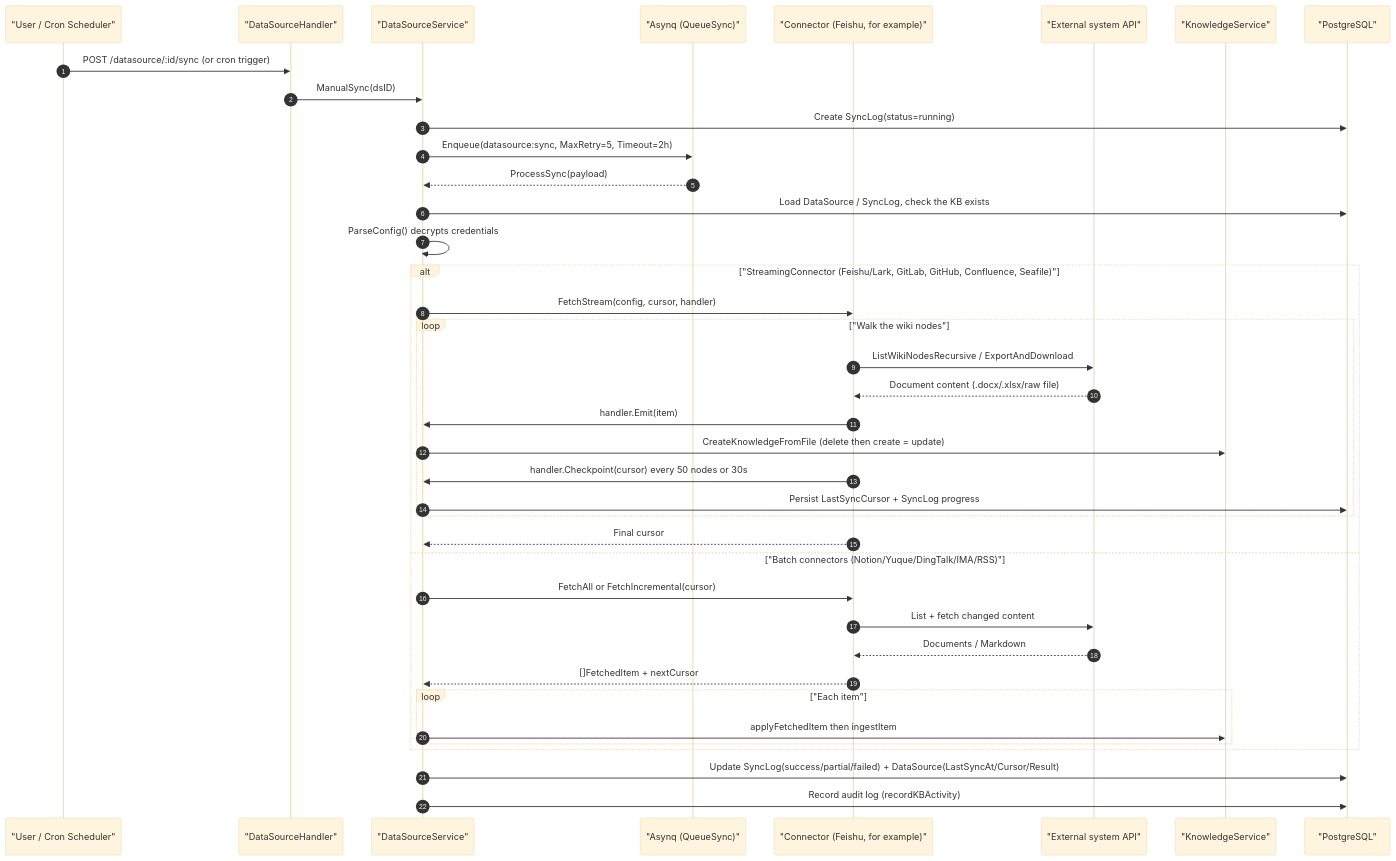
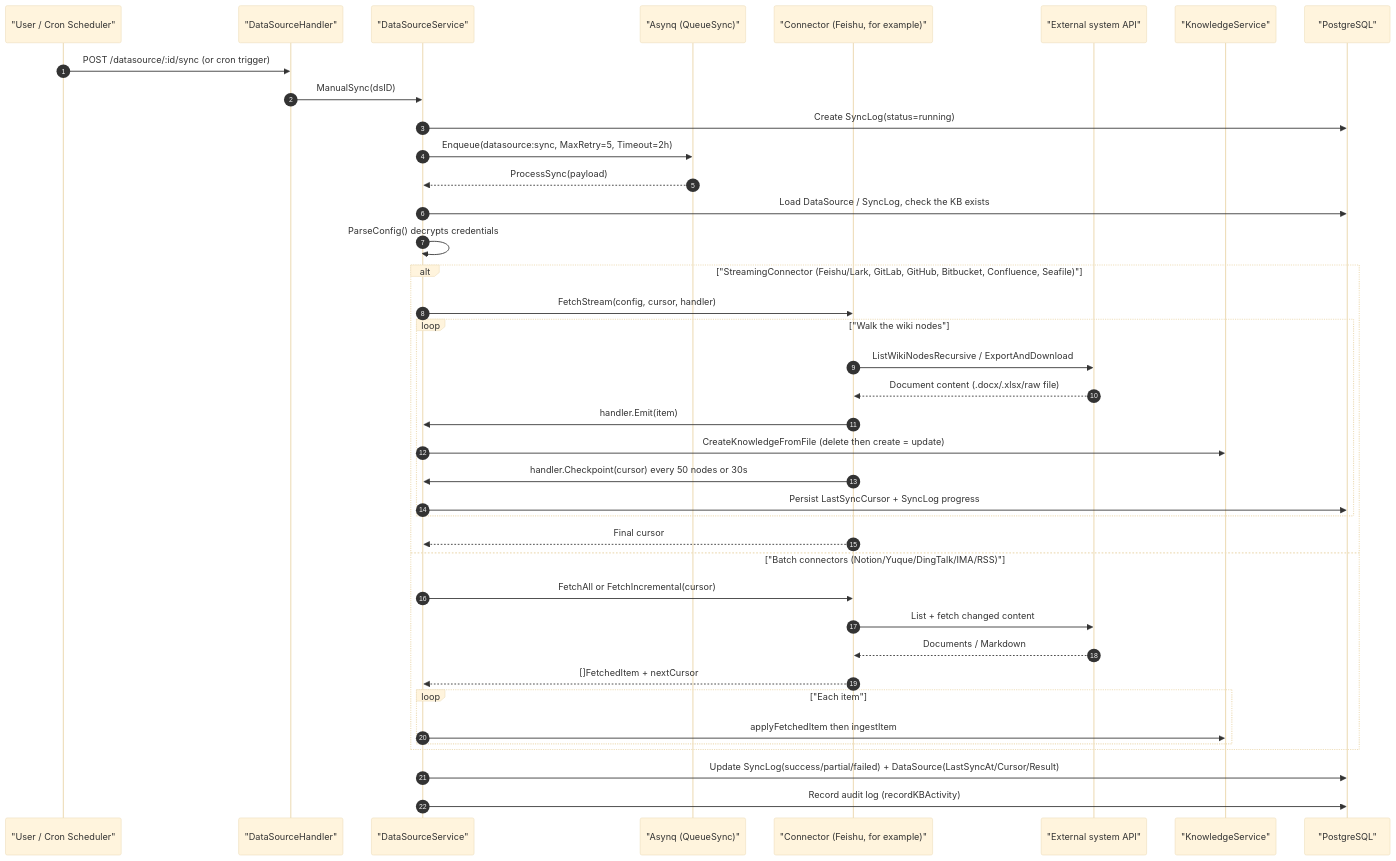
The second of 2 diagrams in website-docs/03-features/10-datasource.md (jrmatherly/ai-kb), drawn with Mermaid (base theme) before and after one commit. The commit also changed other lines of this file and 13 other files, not shown here.

Commit message:
docs(datasource): document the Bitbucket connector

````diff
--- a/website-docs/03-features/10-datasource.md
+++ b/website-docs/03-features/10-datasource.md
@@ -303,42 +316,42 @@
 ```mermaid
 sequenceDiagram
     autonumber
     participant U as "User / Cron Scheduler"
     participant H as "DataSourceHandler"
     participant S as "DataSourceService"
     participant Q as "Asynq (QueueSync)"
     participant C as "Connector (Feishu, for example)"
     participant EXT as "External system API"
     participant K as "KnowledgeService"
     participant DB as "PostgreSQL"
 
     U->>H: POST /datasource/:id/sync (or cron trigger)
     H->>S: ManualSync(dsID)
     S->>DB: Create SyncLog(status=running)
     S->>Q: Enqueue(datasource:sync, MaxRetry=5, Timeout=2h)
     Q-->>S: ProcessSync(payload)
     S->>DB: Load DataSource / SyncLog, check the KB exists
     S->>S: ParseConfig() decrypts credentials
-    alt "StreamingConnector (Feishu/Lark, GitLab, GitHub, Confluence, Seafile)"
+    alt "StreamingConnector (Feishu/Lark, GitLab, GitHub, Bitbucket, Confluence, Seafile)"
         S->>C: FetchStream(config, cursor, handler)
         loop "Walk the wiki nodes"
             C->>EXT: ListWikiNodesRecursive / ExportAndDownload
             EXT-->>C: Document content (.docx/.xlsx/raw file)
             C->>S: handler.Emit(item)
             S->>K: CreateKnowledgeFromFile (delete then create = update)
             C->>S: handler.Checkpoint(cursor) every 50 nodes or 30s
             S->>DB: Persist LastSyncCursor + SyncLog progress
         end
         C-->>S: Final cursor
     else "Batch connectors (Notion/Yuque/DingTalk/IMA/RSS)"
         S->>C: FetchAll or FetchIncremental(cursor)
         C->>EXT: List + fetch changed content
         EXT-->>C: Documents / Markdown
         C-->>S: []FetchedItem + nextCursor
         loop "Each item"
             S->>K: applyFetchedItem then ingestItem
         end
     end
     S->>DB: Update SyncLog(success/partial/failed) + DataSource(LastSyncAt/Cursor/Result)
     S->>DB: Record audit log (recordKBActivity)
 ```
````
